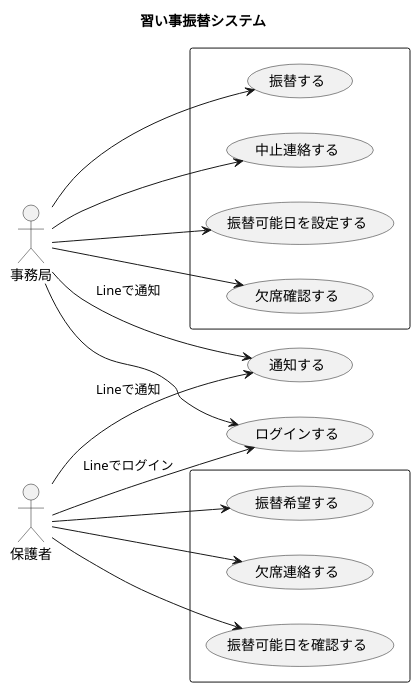
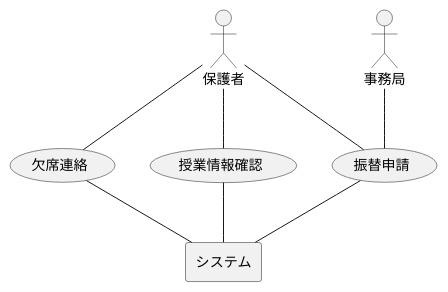
The diagram in documents/usecase.pu (ichi-rojin/naraigoto), drawn with PlantUML before and after one commit. The commit also changed 2 other files, not shown here.

```diff
--- a/documents/usecase.pu
+++ b/documents/usecase.pu
@@ -1,24 +1,20 @@
 @startuml
-title 習い事振替システム
-
-left to right direction
 actor 保護者
 actor 事務局
 
-保護者 --> (ログインする) : Lineでログイン
-保護者 --> (通知する) : Lineで通知
-rectangle {
-    保護者 --> (欠席連絡する)
-    保護者 --> (振替可能日を確認する)
-    保護者 --> (振替希望する)
-}
+usecase 欠席連絡
+usecase 振替申請
+usecase 授業情報確認
 
-事務局 --> (ログインする)
-事務局 --> (通知する) : Lineで通知
-rectangle {
-    事務局 --> (中止連絡する)
-    事務局 --> (振替可能日を設定する)
-    事務局 --> (欠席確認する)
-    事務局 --> (振替する)
-}
+保護者 -- (欠席連絡)
+保護者 -- (振替申請)
+保護者 -- (授業情報確認)
+事務局 -- (振替申請)
+
+rectangle システム
+
+(欠席連絡) -- システム
+(振替申請) -- システム
+(授業情報確認) -- システム
+
 @enduml
```
